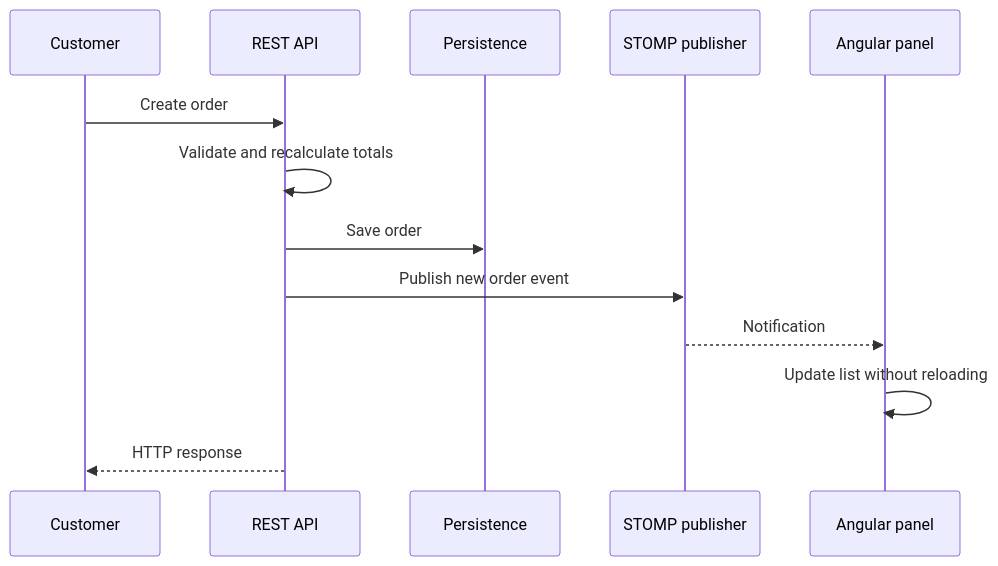
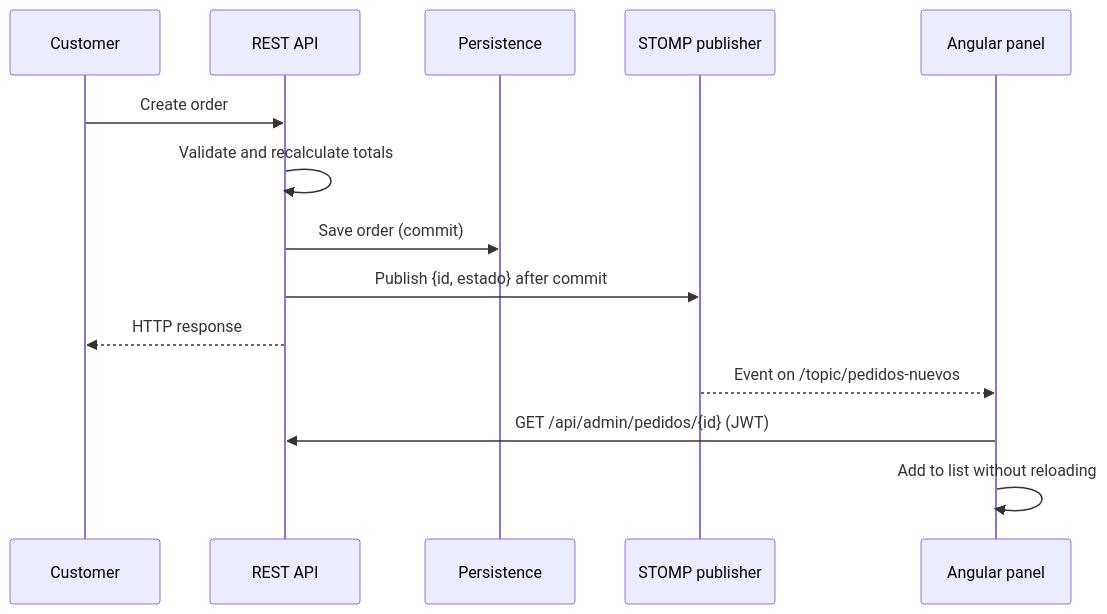
Before and after one commit to francoamarilla/StickyFingers: the diagram in docs/en/realtime.md, drawn with Mermaid. The commit also changed other lines of this file and 5 other files, not shown here.

````diff
--- a/docs/en/realtime.md
+++ b/docs/en/realtime.md
@@ -7,15 +7,16 @@
 ```mermaid
 sequenceDiagram
     participant C as Customer
     participant A as REST API
     participant D as Persistence
     participant E as STOMP publisher
     participant P as Angular panel
     C->>A: Create order
     A->>A: Validate and recalculate totals
-    A->>D: Save order
-    A->>E: Publish new order event
-    E-->>P: Notification
-    P->>P: Update list without reloading
+    A->>D: Save order (commit)
+    A->>E: Publish {id, estado} after commit
     A-->>C: HTTP response
+    E-->>P: Event on /topic/pedidos-nuevos
+    P->>A: GET /api/admin/pedidos/{id} (JWT)
+    P->>P: Add to list without reloading
 ```
````
